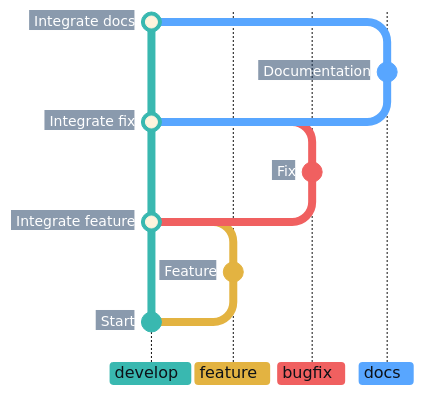
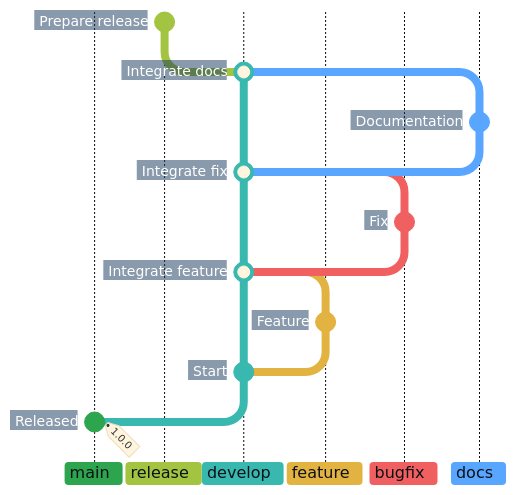
The first of 3 diagrams in docs/adr/cicd.md (superhero/operations.superduper.solutions), drawn with Mermaid before and after one commit. The commit also changed other lines of this file, not shown here.

Commit message:
docs: add main and release to the development graph

````diff
--- a/docs/adr/cicd.md
+++ b/docs/adr/cicd.md
@@ -44,23 +46,29 @@
 ```mermaid
-%%{init: {"theme": "base", "themeCSS": ".commit-label { font-weight: 700; transform: translateX(-8px); } .commit-label-bkg { opacity: 1; stroke: #17365D; stroke-width: 20px; transform: translateX(-5px); clip-path: polygon(-4px -4px, calc(100% + 4px) -4px, calc(100% + 10px) 50%, calc(100% + 4px) calc(100% + 4px), -4px calc(100% + 4px)) fill-box; }", "gitGraph": {"mainBranchName": "develop", "showCommitLabel": true, "rotateCommitLabel": false}, "themeVariables": {
+%%{init: {"theme": "base", "themeCSS": ".commit-label { font-weight: 700; transform: translateX(-8px); } .commit-label-bkg { opacity: 1; stroke: #17365D; stroke-width: 20px; transform: translateX(-5px); clip-path: polygon(-4px -4px, calc(100% + 4px) -4px, calc(100% + 10px) 50%, calc(100% + 4px) calc(100% + 4px), -4px calc(100% + 4px)) fill-box; }", "gitGraph": {"showCommitLabel": true, "rotateCommitLabel": false}, "themeVariables": {
     "commitLabelFontSize": "14px", "commitLabelColor": "#FFFFFF", "commitLabelBackground": "#17365D",
-    "git0": "#39B8B0", "gitBranchLabel0": "#0D1117",
-    "git1": "#E3B341", "gitBranchLabel1": "#0D1117",
-    "git2": "#F06060", "gitBranchLabel2": "#0D1117",
-    "git3": "#58A6FF", "gitBranchLabel3": "#0D1117"
+    "git0": "#2DA44E", "gitBranchLabel0": "#0D1117",
+    "git1": "#A3C441", "gitBranchLabel1": "#0D1117",
+    "git2": "#39B8B0", "gitBranchLabel2": "#0D1117",
+    "git3": "#E3B341", "gitBranchLabel3": "#0D1117",
+    "git4": "#F06060", "gitBranchLabel4": "#0D1117",
+    "git5": "#58A6FF", "gitBranchLabel5": "#0D1117"
 }}}%%
 gitGraph BT:
+    commit id: "Released" tag: "1.0.0"
+    branch develop order: 2
     commit id: "Start"
-    branch "feature" order: 1
+    branch "feature" order: 3
     commit id: "Feature"
     checkout develop
     merge "feature" id: "Integrate feature"
-    branch "bugfix" order: 2
+    branch "bugfix" order: 4
     commit id: "Fix"
     checkout develop
     merge "bugfix" id: "Integrate fix"
-    branch "docs" order: 3
+    branch "docs" order: 5
     commit id: "Documentation"
     checkout develop
     merge "docs" id: "Integrate docs"
+    branch "release" order: 1
+    commit id: "Prepare release"
 ```
````
